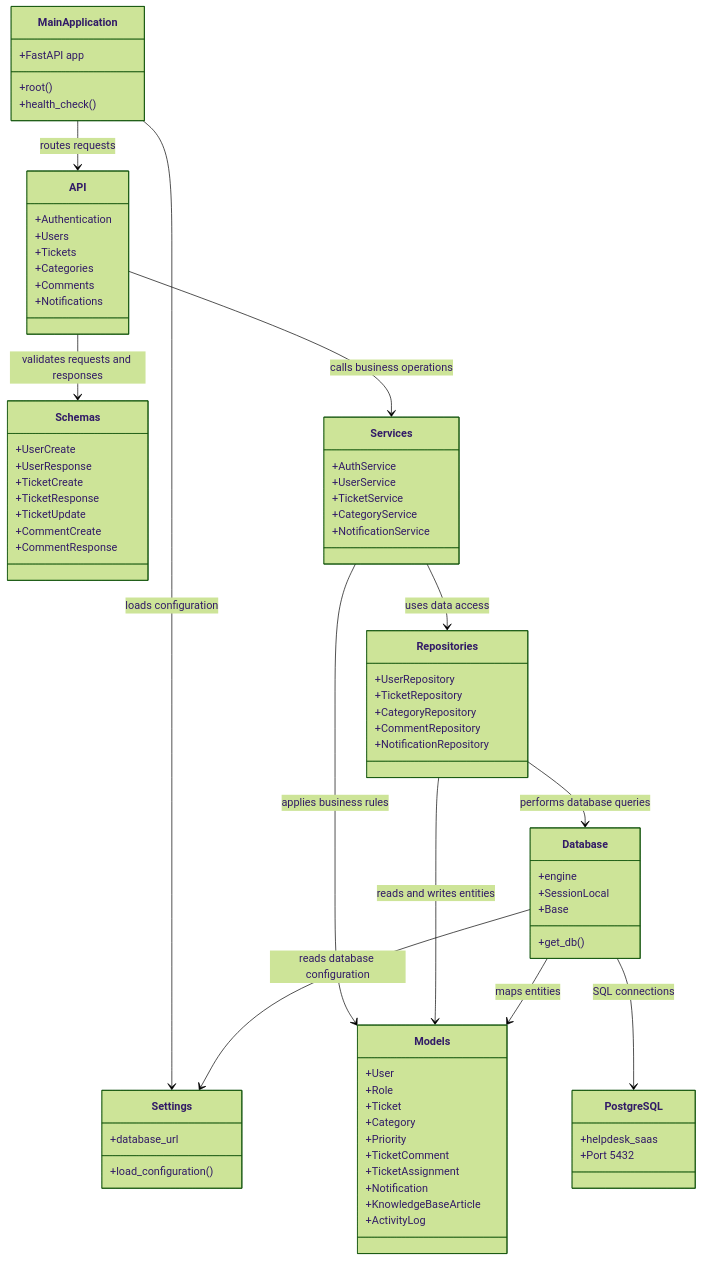
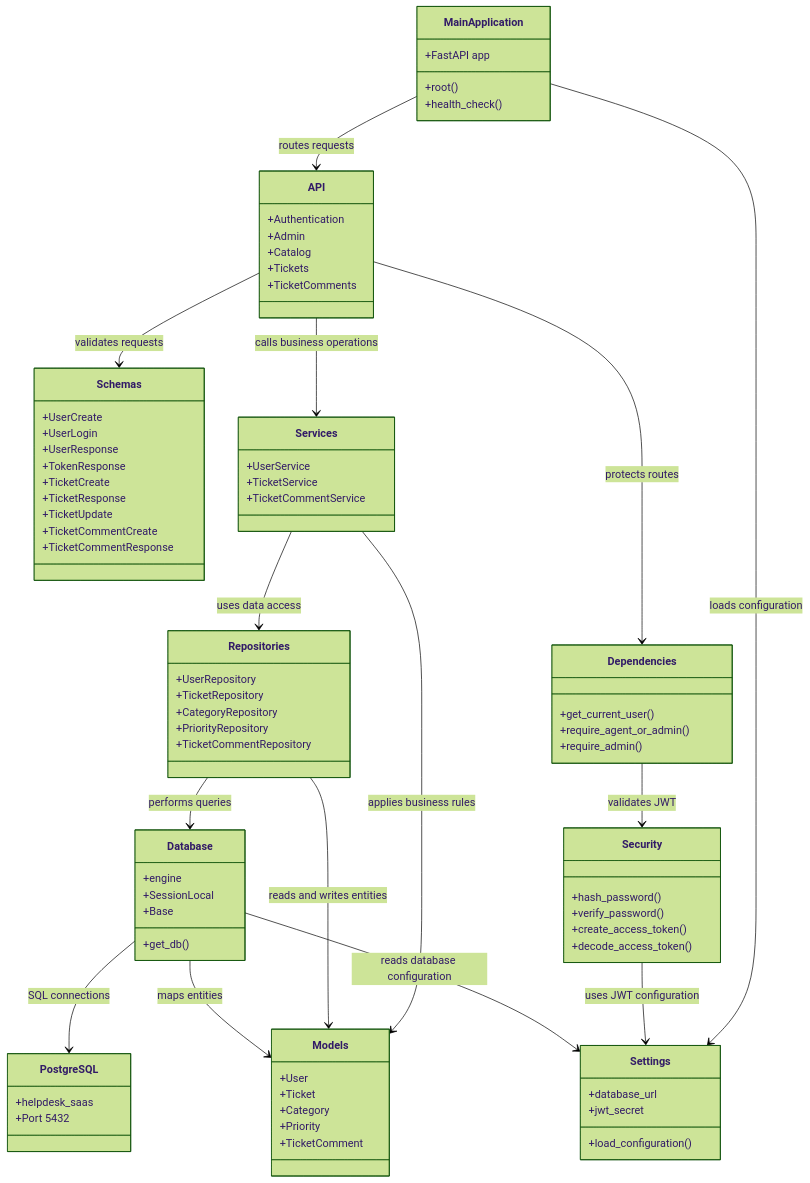
One commit to Md-Farhan12/helpdesk-customer-support-saas changed the diagram in docs/diagrams/Class_Module_Diagram_v1.mmd. Above: the diagram before and after it, drawn with Mermaid (forest theme). The commit also changed 1 other file, not shown here.

Commit message:
docs(diagrams): align class module diagram with implementation

```diff
--- a/docs/diagrams/Class_Module_Diagram_v1.mmd
+++ b/docs/diagrams/Class_Module_Diagram_v1.mmd
@@ -1,88 +1,100 @@
 classDiagram
 
-    class MainApplication {
-        +FastAPI app
-        +root()
-        +health_check()
-    }
+class MainApplication {
+    +FastAPI app
+    +root()
+    +health_check()
+}
 
-    class Settings {
-        +database_url
-        +load_configuration()
-    }
+class Settings {
+    +database_url
+    +jwt_secret
+    +load_configuration()
+}
 
-    class API {
-        +Authentication
-        +Users
-        +Tickets
-        +Categories
-        +Comments
-        +Notifications
-    }
+class API {
+    +Authentication
+    +Admin
+    +Catalog
+    +Tickets
+    +TicketComments
+}
 
-    class Schemas {
-        +UserCreate
-        +UserResponse
-        +TicketCreate
-        +TicketResponse
-        +TicketUpdate
-        +CommentCreate
-        +CommentResponse
-    }
+class Schemas {
+    +UserCreate
+    +UserLogin
+    +UserResponse
+    +TokenResponse
+    +TicketCreate
+    +TicketResponse
+    +TicketUpdate
+    +TicketCommentCreate
+    +TicketCommentResponse
+}
 
-    class Services {
-        +AuthService
-        +UserService
-        +TicketService
-        +CategoryService
-        +NotificationService
-    }
+class Services {
+    +UserService
+    +TicketService
+    +TicketCommentService
+}
 
-    class Repositories {
-        +UserRepository
-        +TicketRepository
-        +CategoryRepository
-        +CommentRepository
-        +NotificationRepository
-    }
+class Repositories {
+    +UserRepository
+    +TicketRepository
+    +CategoryRepository
+    +PriorityRepository
+    +TicketCommentRepository
+}
 
-    class Database {
-        +engine
-        +SessionLocal
-        +Base
-        +get_db()
-    }
+class Dependencies {
+    +get_current_user()
+    +require_agent_or_admin()
+    +require_admin()
+}
 
-    class Models {
-        +User
-        +Role
-        +Ticket
-        +Category
-        +Priority
-        +TicketComment
-        +TicketAssignment
-        +Notification
-        +KnowledgeBaseArticle
-        +ActivityLog
-    }
+class Security {
+    +hash_password()
+    +verify_password()
+    +create_access_token()
+    +decode_access_token()
+}
 
-    class PostgreSQL {
-        +helpdesk_saas
-        +Port 5432
-    }
+class Database {
+    +engine
+    +SessionLocal
+    +Base
+    +get_db()
+}
 
-    MainApplication --> API : routes requests
-    MainApplication --> Settings : loads configuration
+class Models {
+    +User
+    +Ticket
+    +Category
+    +Priority
+    +TicketComment
+}
 
-    API --> Schemas : validates requests and responses
-    API --> Services : calls business operations
+class PostgreSQL {
+    +helpdesk_saas
+    +Port 5432
+}
 
-    Services --> Repositories : uses data access
-    Services --> Models : applies business rules
+MainApplication --> API : routes requests
+MainApplication --> Settings : loads configuration
 
-    Repositories --> Database : performs database queries
-    Repositories --> Models : reads and writes entities
+API --> Schemas : validates requests
+API --> Services : calls business operations
+API --> Dependencies : protects routes
 
-    Database --> Settings : reads database configuration
-    Database --> Models : maps entities
-    Database --> PostgreSQL : SQL connections
+Services --> Repositories : uses data access
+Services --> Models : applies business rules
+
+Repositories --> Database : performs queries
+Repositories --> Models : reads and writes entities
+
+Dependencies --> Security : validates JWT
+Security --> Settings : uses JWT configuration
+
+Database --> Settings : reads database configuration
+Database --> Models : maps entities
+Database --> PostgreSQL : SQL connections
```
